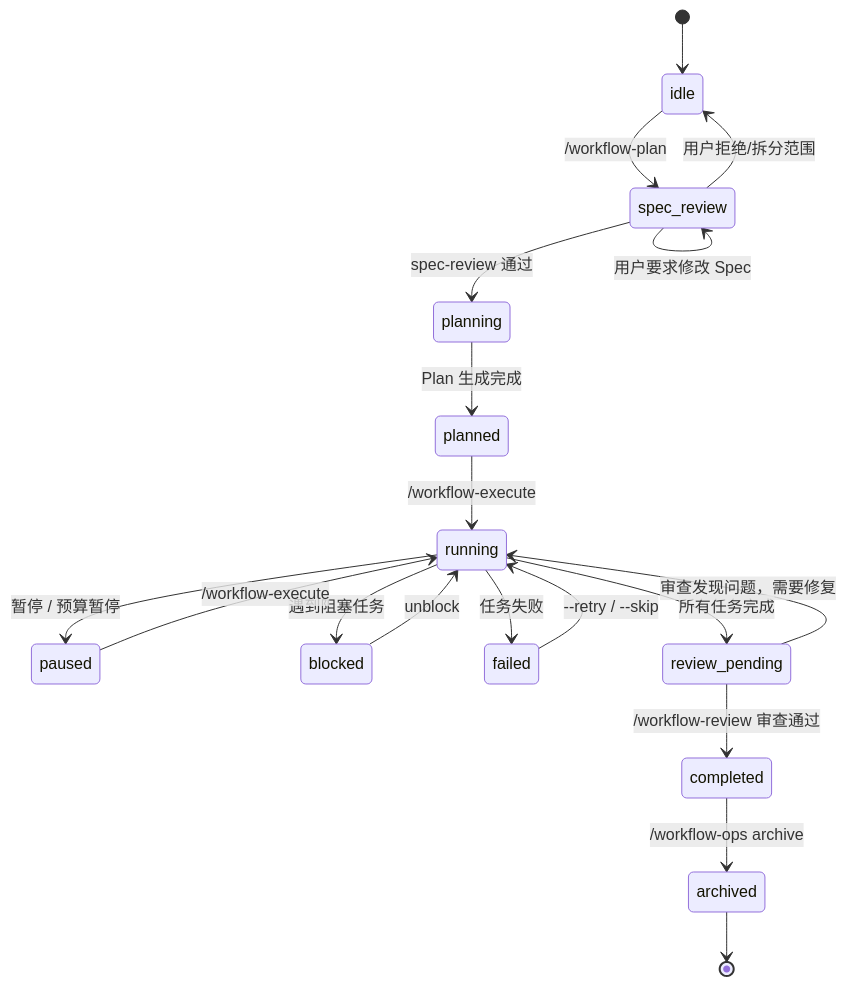
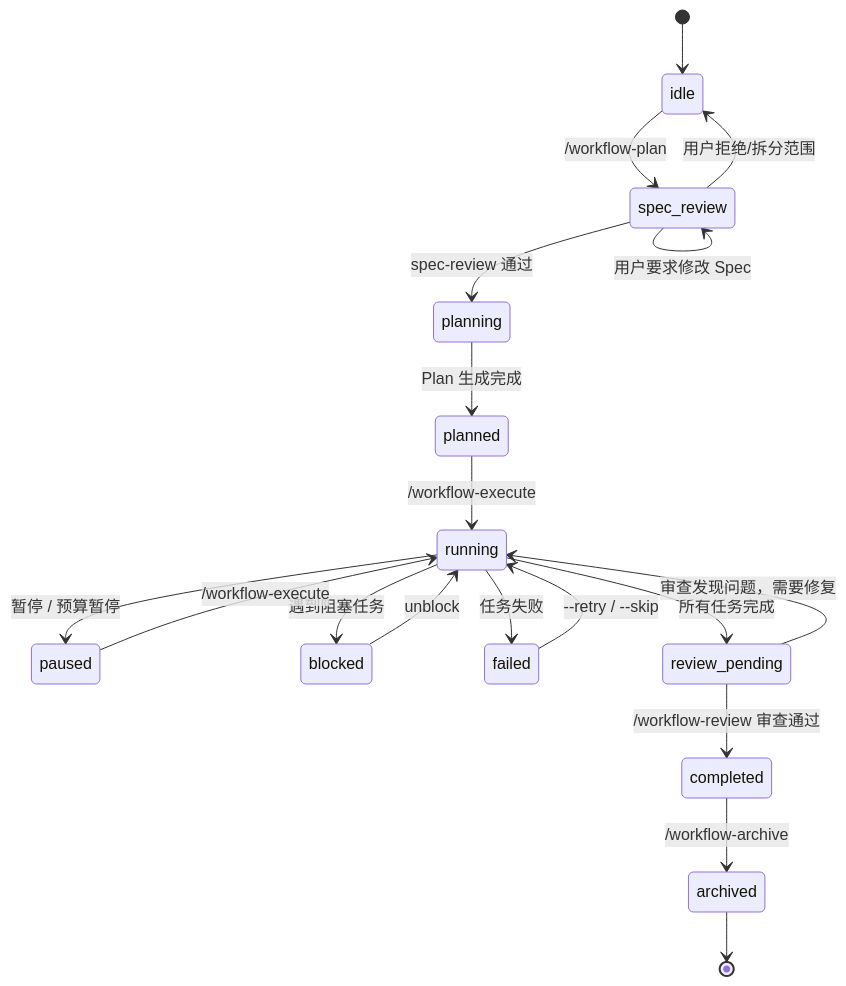
One commit to fan776783/claude-workflow changed the first of 2 diagrams in README.md. Above: the diagram before and after it, drawn with Mermaid. The commit also changed other lines of this file and 16 other files, not shown here.

Commit message:
chore: migrate workflow status and archive commands from workflow-ops to standalone skills and update documentation

````diff
--- a/README.md
+++ b/README.md
@@ -356,21 +364,21 @@
 ```mermaid
 stateDiagram-v2
     [*] --> idle
     idle --> spec_review : /workflow-plan
     spec_review --> spec_review : 用户要求修改 Spec
     spec_review --> idle : 用户拒绝/拆分范围
     spec_review --> planning : spec-review 通过
     planning --> planned : Plan 生成完成
     planned --> running : /workflow-execute
     running --> paused : 暂停 / 预算暂停
     running --> blocked : 遇到阻塞任务
     running --> failed : 任务失败
     running --> review_pending : 所有任务完成
     review_pending --> completed : /workflow-review 审查通过
     review_pending --> running : 审查发现问题，需要修复
     paused --> running : /workflow-execute
     blocked --> running : unblock
     failed --> running : --retry / --skip
-    completed --> archived : /workflow-ops archive
+    completed --> archived : /workflow-archive
     archived --> [*]
 ```
````
